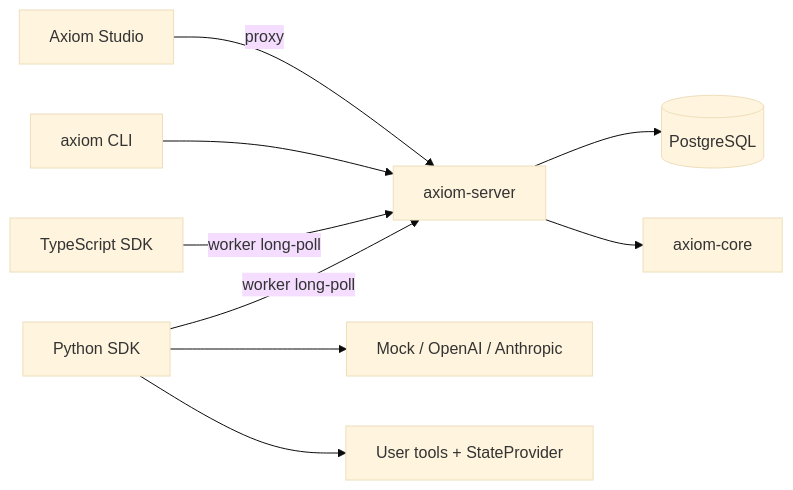
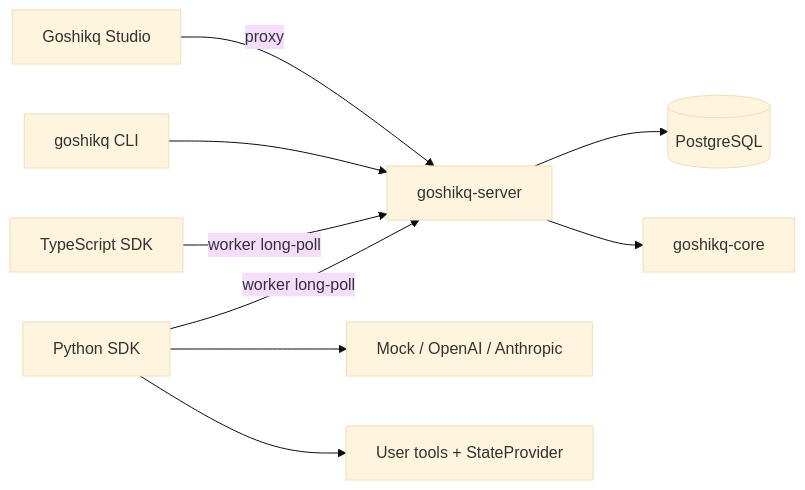
One commit to goshikavs/axiom-agent-framework changed the first of 2 diagrams in README.md. Above: the diagram before and after it, drawn with Mermaid (base theme). The commit also changed other lines of this file and 407 other files, not shown here.

First line of the commit message:
Rebrand the framework from Axiom to Goshikq.

````diff
--- a/README.md
+++ b/README.md
@@ -59,11 +56,11 @@
 ```mermaid
 flowchart LR
-  PY[Python SDK] -->|worker long-poll| RT[axiom-server]
+  PY[Python SDK] -->|worker long-poll| RT[goshikq-server]
   TS[TypeScript SDK] -->|worker long-poll| RT
-  CLI[axiom CLI] --> RT
-  ST[Axiom Studio] -->|proxy| RT
+  CLI[goshikq CLI] --> RT
+  ST[Goshikq Studio] -->|proxy| RT
   RT --> PG[(PostgreSQL)]
-  RT --> CORE[axiom-core]
+  RT --> CORE[goshikq-core]
   PY --> MOCK[Mock / OpenAI / Anthropic]
   PY --> TOOLS[User tools + StateProvider]
 ```
````
